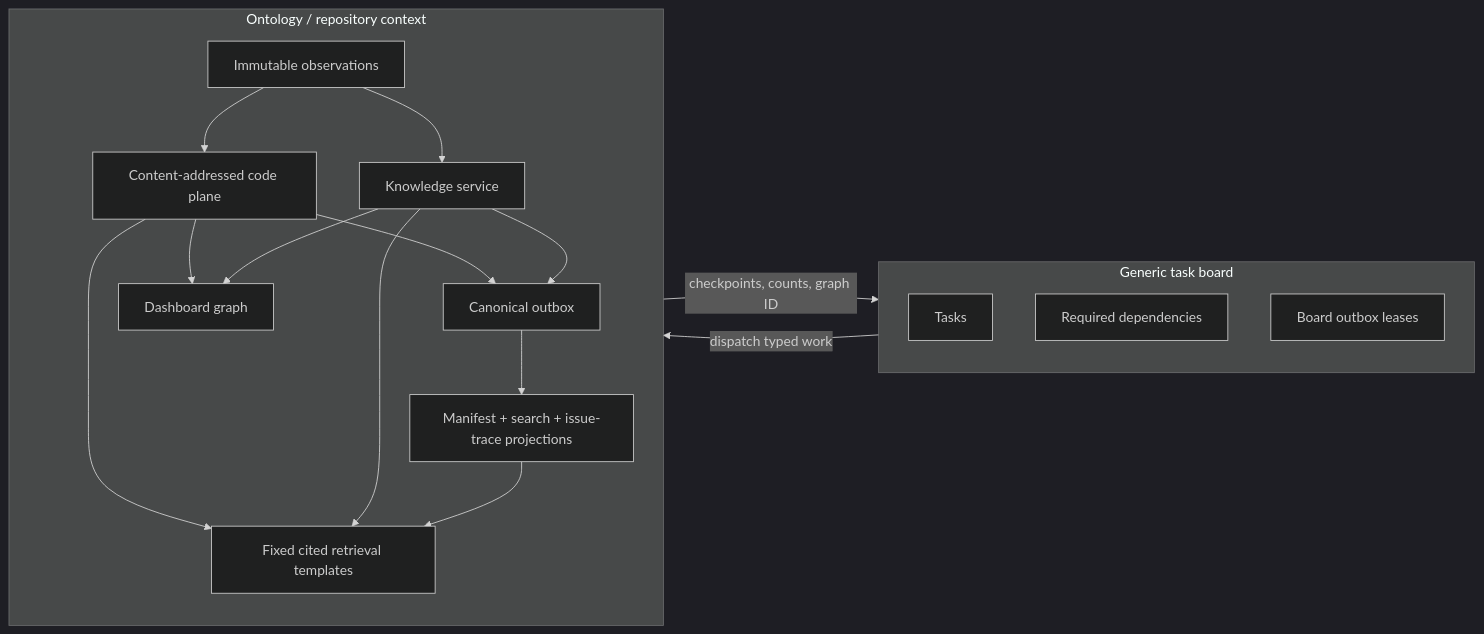
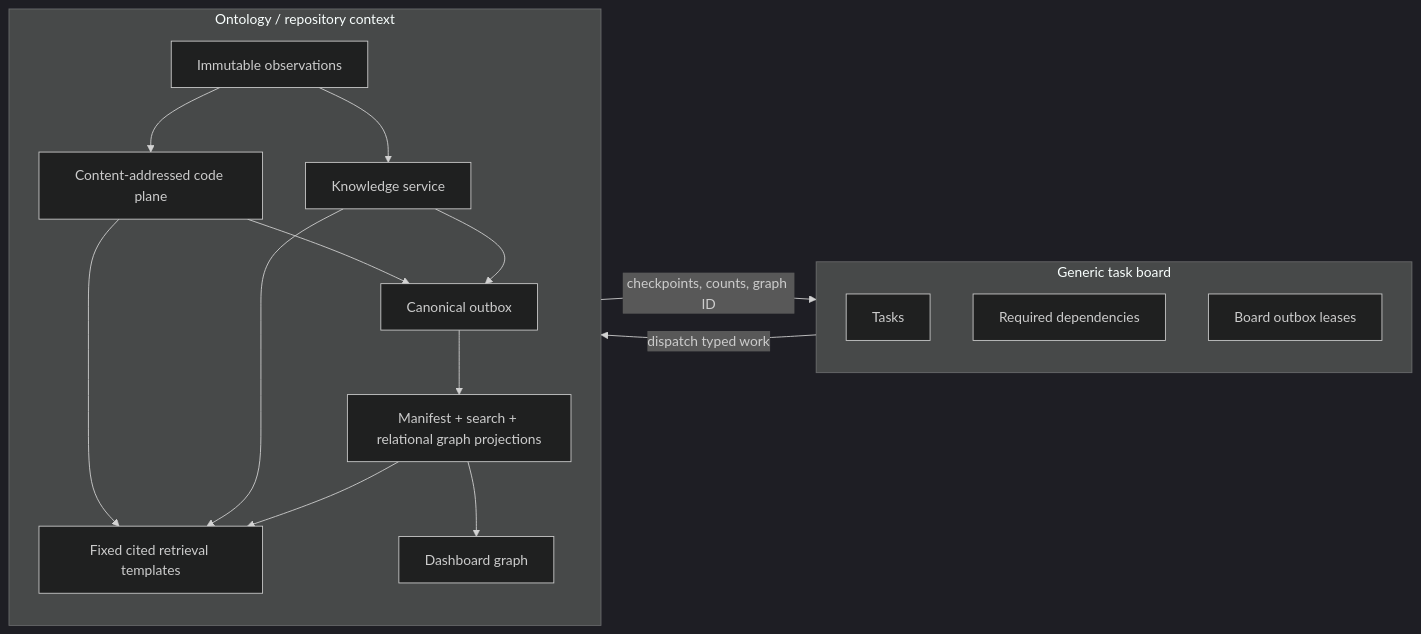
One commit to keon/jina-context-wiki-e2e-20260808 changed the diagram in docs/ONTOLOGY.md. Above: the diagram before and after it, drawn with Mermaid (dark theme). The commit also changed other lines of this file and 51 other files, not shown here.

First line of the commit message:
Align ontology pipeline with architecture v5.1 (#35)

````diff
--- a/docs/ONTOLOGY.md
+++ b/docs/ONTOLOGY.md
@@ -21,29 +21,28 @@
 ```mermaid
 flowchart LR
     subgraph Board[Generic task board]
       T[Tasks]
       D[Required dependencies]
       B[Board outbox leases]
     end
     subgraph Context[Ontology / repository context]
       I[Immutable observations]
       C[Content-addressed code plane]
       K[Knowledge service]
       O[Canonical outbox]
-      P[Manifest + search + issue-trace projections]
+      P[Manifest + search + relational graph projections]
       R[Fixed cited retrieval templates]
       G[Dashboard graph]
       I --> C
       I --> K
       C --> O
       K --> O
       O --> P
       C --> R
       K --> R
       P --> R
-      C --> G
-      K --> G
+      P --> G
     end
     Board -->|dispatch typed work| Context
     Context -->|checkpoints, counts, graph ID| Board
 ```
````
